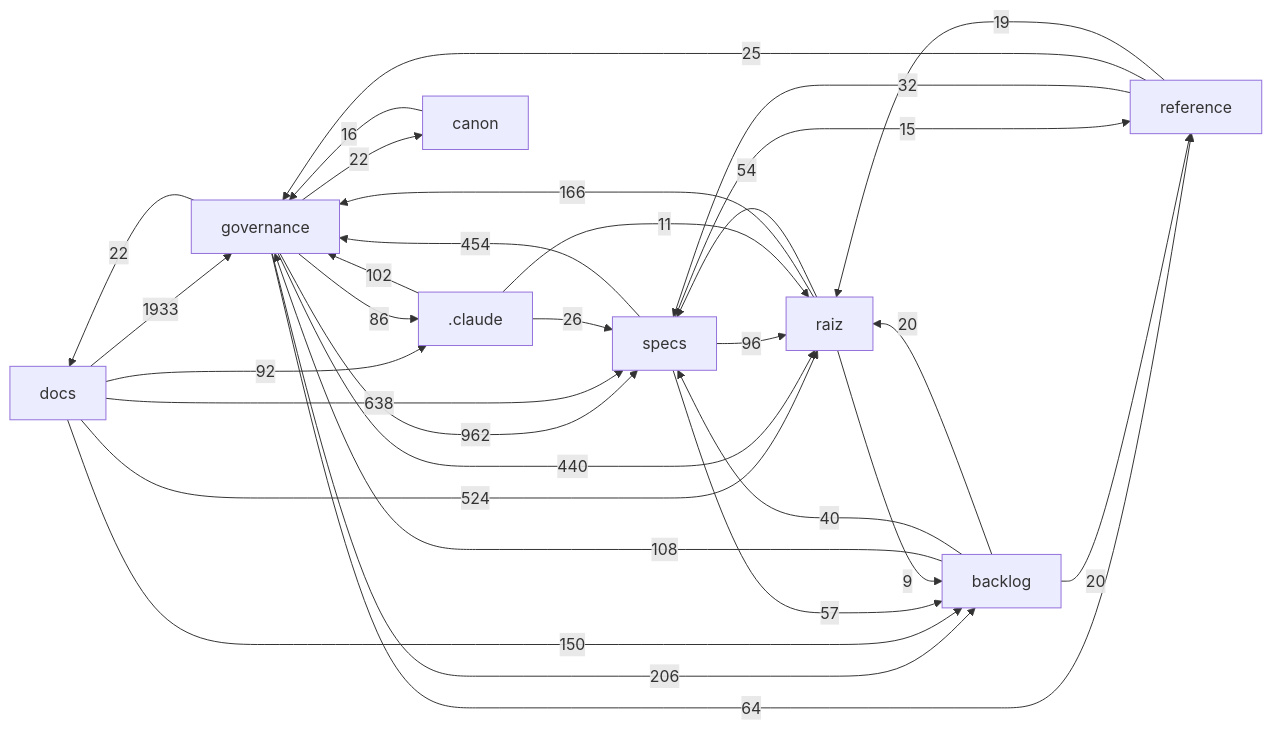
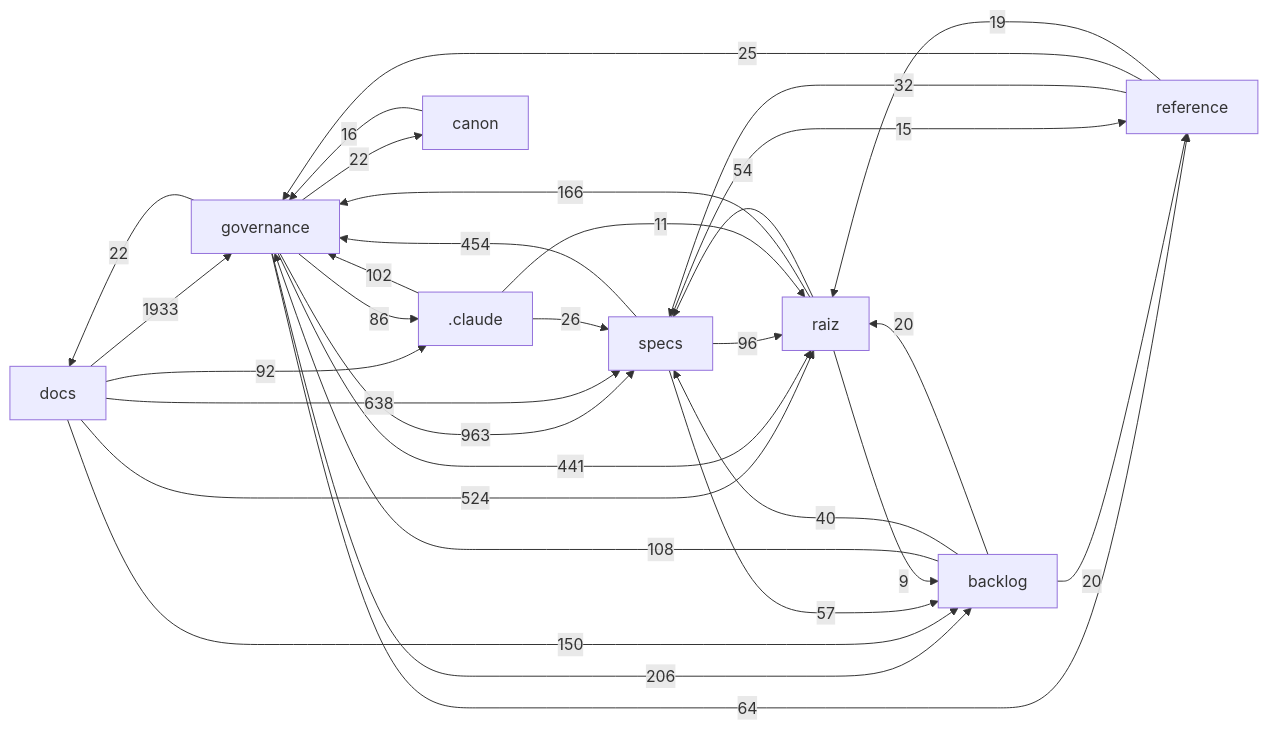
One commit to Andraus35/Sistema-Operacional-de-Trading--SOT changed the diagram in docs/mapa/MAPA-PROJETO.md. Above: the diagram before and after it, drawn with Mermaid. The commit also changed other lines of this file and 2 other files, not shown here.

````diff
--- a/docs/mapa/MAPA-PROJETO.md
+++ b/docs/mapa/MAPA-PROJETO.md
@@ -29,33 +29,33 @@
 ```mermaid
 flowchart LR
   docs["docs"] -->|1933| governance["governance"]
-  governance["governance"] -->|962| specs["specs"]
+  governance["governance"] -->|963| specs["specs"]
   docs["docs"] -->|638| specs["specs"]
   docs["docs"] -->|524| raiz["raiz"]
   specs["specs"] -->|454| governance["governance"]
-  governance["governance"] -->|440| raiz["raiz"]
+  governance["governance"] -->|441| raiz["raiz"]
   governance["governance"] -->|206| backlog["backlog"]
   raiz["raiz"] -->|166| governance["governance"]
   docs["docs"] -->|150| backlog["backlog"]
   backlog["backlog"] -->|108| governance["governance"]
   _claude[".claude"] -->|102| governance["governance"]
   specs["specs"] -->|96| raiz["raiz"]
   docs["docs"] -->|92| _claude[".claude"]
   governance["governance"] -->|86| _claude[".claude"]
   governance["governance"] -->|64| reference["reference"]
   specs["specs"] -->|57| backlog["backlog"]
   raiz["raiz"] -->|54| specs["specs"]
   backlog["backlog"] -->|40| specs["specs"]
   reference["reference"] -->|32| specs["specs"]
   _claude[".claude"] -->|26| specs["specs"]
   reference["reference"] -->|25| governance["governance"]
   governance["governance"] -->|22| docs["docs"]
   governance["governance"] -->|22| canon["canon"]
   backlog["backlog"] -->|20| raiz["raiz"]
   backlog["backlog"] -->|20| reference["reference"]
   reference["reference"] -->|19| raiz["raiz"]
   canon["canon"] -->|16| governance["governance"]
   specs["specs"] -->|15| reference["reference"]
   _claude[".claude"] -->|11| raiz["raiz"]
   raiz["raiz"] -->|9| backlog["backlog"]
 ```
````
